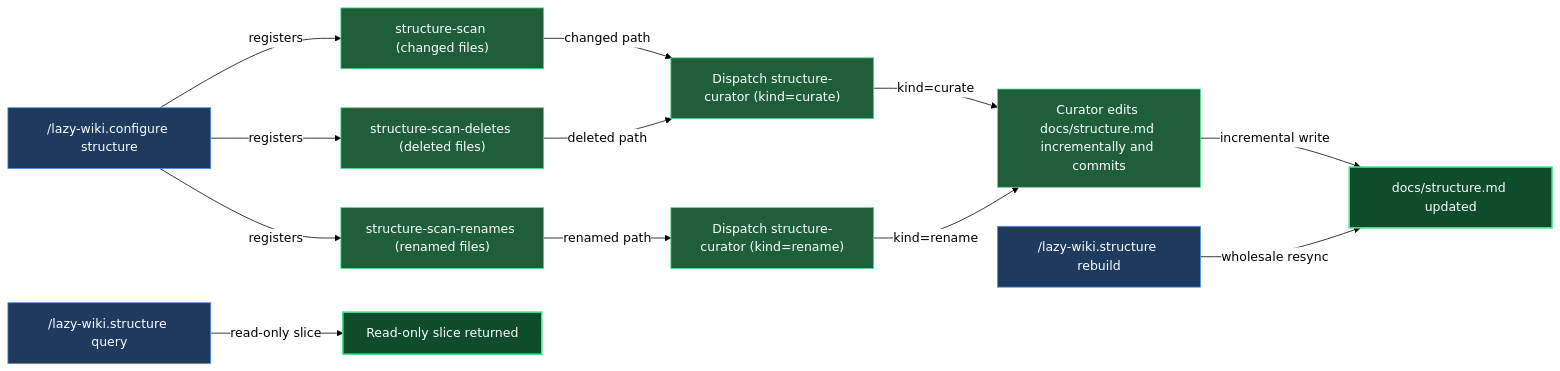
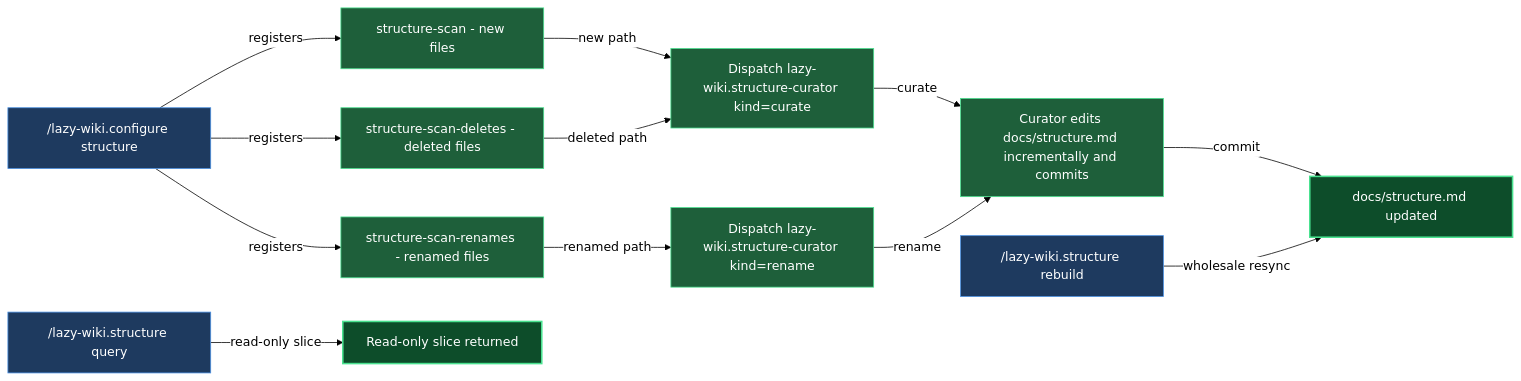
One commit to mebius-san/lazy-cortex changed the diagram in claude/lazycortex-wiki/help/structure.md. Above: the diagram before and after it, drawn with Mermaid. The commit also changed other lines of this file and 155 other files, not shown here.

````diff
--- a/claude/lazycortex-wiki/help/structure.md
+++ b/claude/lazycortex-wiki/help/structure.md
@@ -45,43 +45,43 @@
 ```mermaid
 %%{init: {'themeVariables':{'background':'transparent','lineColor':'#000','textColor':'#000','edgeLabelBackground':'#fff'},'themeCSS':'.edgeLabel{background-color:transparent!important}.edgeLabel p{background-color:transparent!important}','flowchart':{'diagramPadding':5,'useMaxWidth':true}}}%%
 flowchart LR
   configureStructure["/lazy-wiki.configure structure"]
-  structureScan["structure-scan (changed files)"]
-  structureScanDeletes["structure-scan-deletes (deleted files)"]
-  structureScanRenames["structure-scan-renames (renamed files)"]
-  dispatchCuratorCurate["Dispatch structure-curator (kind=curate)"]
-  dispatchCuratorRename["Dispatch structure-curator (kind=rename)"]
-  curatorEditsCommits["Curator edits docs/structure.md incrementally and commits"]
-  structureMdUpdated["docs/structure.md updated"]
-  rebuildStructure["/lazy-wiki.structure rebuild"]
-  queryStructure["/lazy-wiki.structure query"]
+  watchNewFiles["structure-scan - new files"]
+  watchDeletedFiles["structure-scan-deletes - deleted files"]
+  watchRenamedFiles["structure-scan-renames - renamed files"]
+  dispatchCurate["Dispatch lazy-wiki.structure-curator kind=curate"]
+  dispatchRename["Dispatch lazy-wiki.structure-curator kind=rename"]
+  curatorEditsCommit["Curator edits docs/structure.md incrementally and commits"]
+  structureDoc["docs/structure.md updated"]
+  rebuildCommand["/lazy-wiki.structure rebuild"]
+  queryCommand["/lazy-wiki.structure query"]
   queryResult["Read-only slice returned"]
 
-  configureStructure -->|registers| structureScan
-  configureStructure -->|registers| structureScanDeletes
-  configureStructure -->|registers| structureScanRenames
-  structureScan -->|changed path| dispatchCuratorCurate
-  structureScanDeletes -->|deleted path| dispatchCuratorCurate
-  structureScanRenames -->|renamed path| dispatchCuratorRename
-  dispatchCuratorCurate -->|kind=curate| curatorEditsCommits
-  dispatchCuratorRename -->|kind=rename| curatorEditsCommits
-  curatorEditsCommits -->|incremental write| structureMdUpdated
-  rebuildStructure -->|wholesale resync| structureMdUpdated
-  queryStructure -->|read-only slice| queryResult
+  configureStructure -->|registers| watchNewFiles
+  configureStructure -->|registers| watchDeletedFiles
+  configureStructure -->|registers| watchRenamedFiles
+  watchNewFiles -->|new path| dispatchCurate
+  watchDeletedFiles -->|deleted path| dispatchCurate
+  watchRenamedFiles -->|renamed path| dispatchRename
+  dispatchCurate -->|curate| curatorEditsCommit
+  dispatchRename -->|rename| curatorEditsCommit
+  curatorEditsCommit -->|commit| structureDoc
+  rebuildCommand -->|wholesale resync| structureDoc
+  queryCommand -->|read-only slice| queryResult
 
   classDef entry fill:#1e3a5f,stroke:#4a90e2,color:#fff
   classDef action fill:#1e5f3a,stroke:#4ae290,color:#fff
   classDef success fill:#0d4d2a,stroke:#4ae290,color:#fff,stroke-width:2px
 
   class configureStructure entry
-  class rebuildStructure entry
-  class queryStructure entry
-  class structureScan action
-  class structureScanDeletes action
-  class structureScanRenames action
-  class dispatchCuratorCurate action
-  class dispatchCuratorRename action
-  class curatorEditsCommits action
-  class structureMdUpdated success
+  class rebuildCommand entry
+  class queryCommand entry
+  class watchNewFiles action
+  class watchDeletedFiles action
+  class watchRenamedFiles action
+  class dispatchCurate action
+  class dispatchRename action
+  class curatorEditsCommit action
+  class structureDoc success
   class queryResult success
 ```
````
